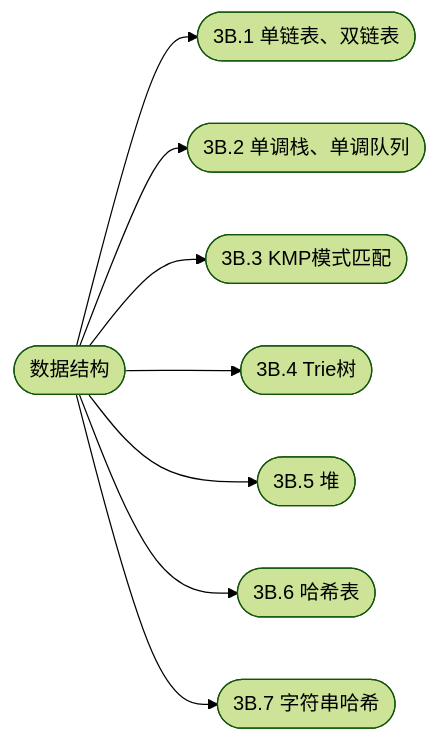
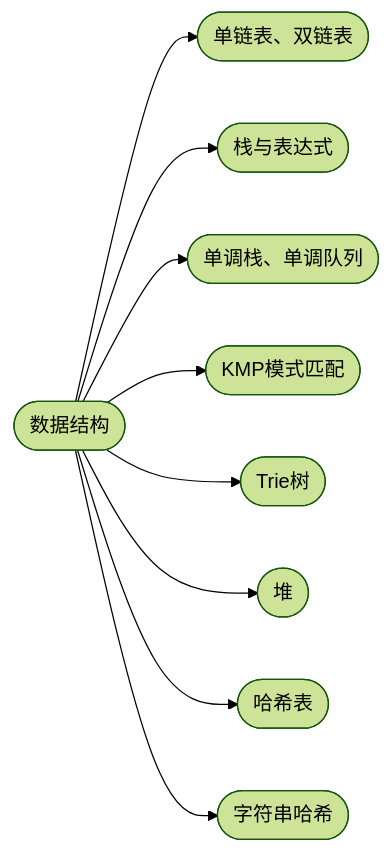
One commit to cuberxl/Coders-Note changed the diagram in 3B-数据结构/index.md. Above: the diagram before and after it, drawn with Mermaid (forest theme). The commit also changed other lines of this file and 8 other files, not shown here.

````diff
--- a/3B-数据结构/index.md
+++ b/3B-数据结构/index.md
@@ -27,11 +28,12 @@
 ```mermaid
 flowchart LR
     R(["数据结构"])
-    R --> N1(["3B.1 单链表、双链表"])
-    R --> N2(["3B.2 单调栈、单调队列"])
-    R --> N3(["3B.3 KMP模式匹配"])
-    R --> N4(["3B.4 Trie树"])
-    R --> N5(["3B.5 堆"])
-    R --> N6(["3B.6 哈希表"])
-    R --> N7(["3B.7 字符串哈希"])
+    R --> N1(["单链表、双链表"])
+    R --> N2(["栈与表达式"])
+    R --> N3(["单调栈、单调队列"])
+    R --> N4(["KMP模式匹配"])
+    R --> N5(["Trie树"])
+    R --> N6(["堆"])
+    R --> N7(["哈希表"])
+    R --> N8(["字符串哈希"])
 ```
````
